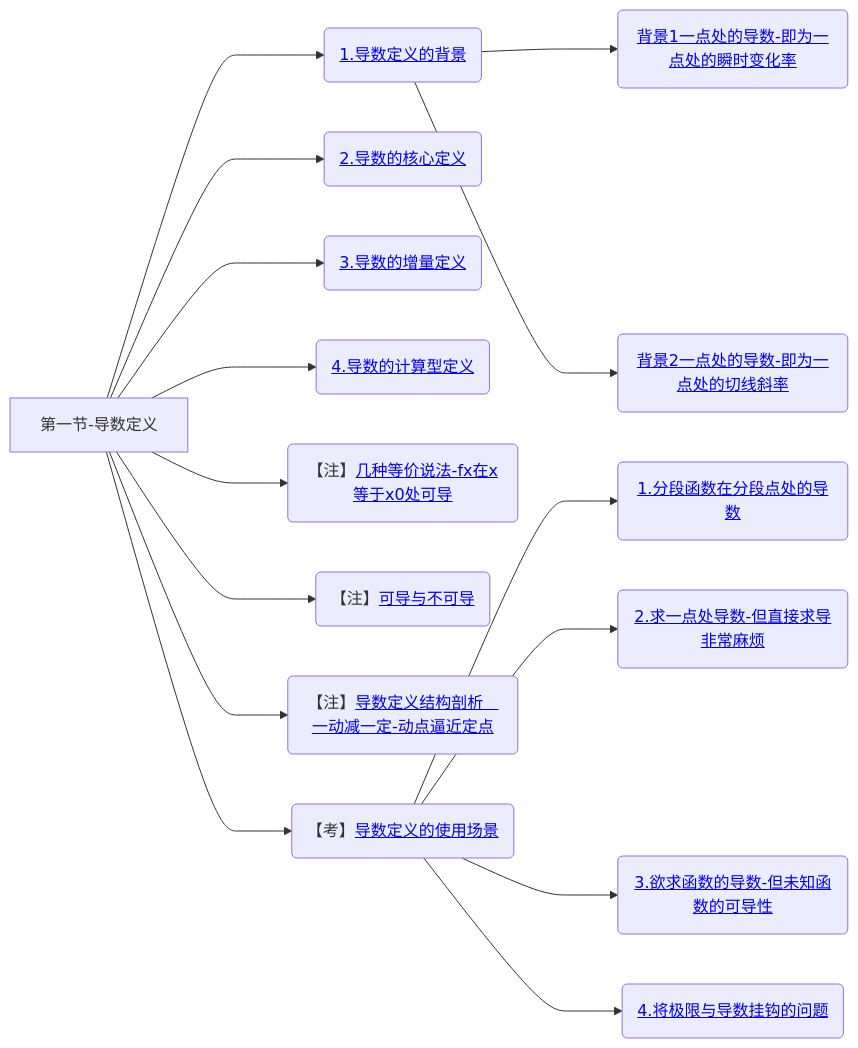
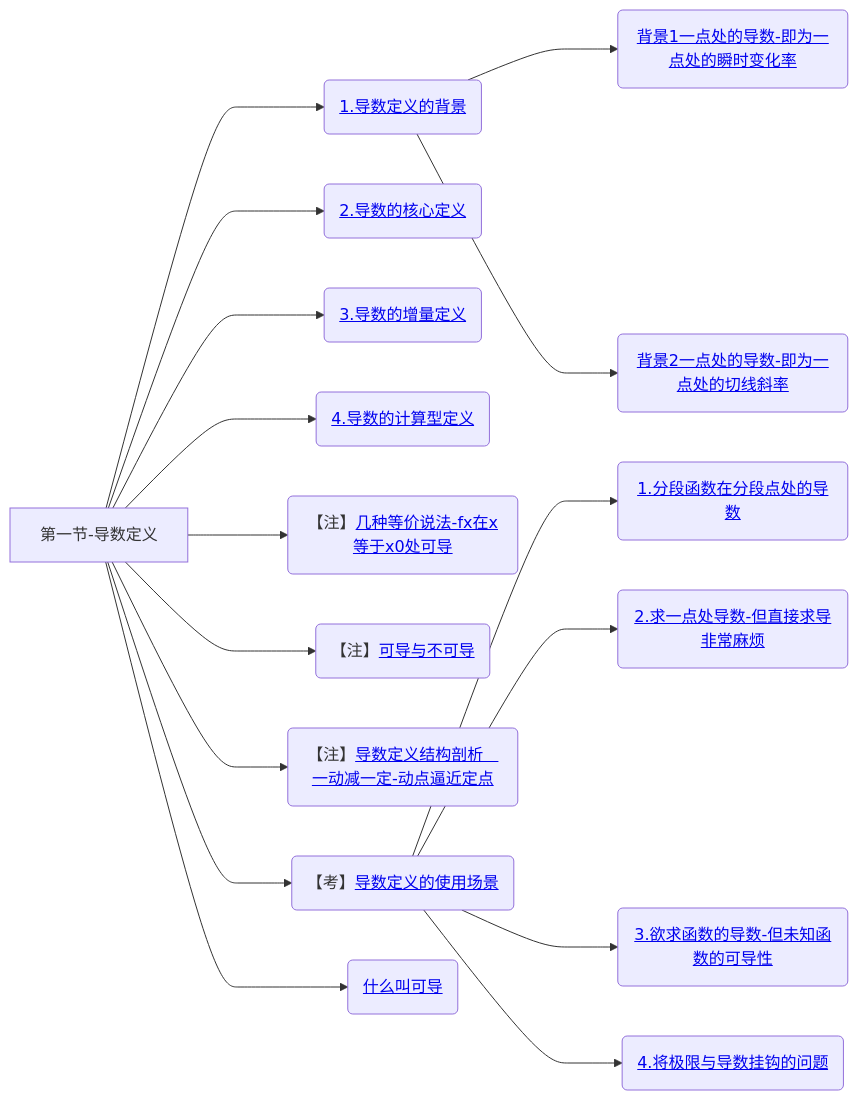
Diagram 11 of 11 in 笔记/数学/周洋鑫/01.基础班思维导图.md (yuebinghui/note), drawn with Mermaid before and after one commit. The commit also changed 3 other files, not shown here.

````diff
--- a/笔记/数学/周洋鑫/01.基础班思维导图.md
+++ b/笔记/数学/周洋鑫/01.基础班思维导图.md
@@ -401,22 +401,24 @@
 ```mermaid
 graph LR
 第一节-导数定义
 
 第一节-导数定义--->1.导数定义的背景(<a href="/Users/yuebinghui/Documents/program/github/note/笔记/数学/周洋鑫/基础班/10.连续与间断_导数定义_1.md#1.导数定义的背景">1.导数定义的背景</>)
 1.导数定义的背景--->背景1一点处的导数-即为一点处的瞬时变化率(<a href="/Users/yuebinghui/Documents/program/github/note/笔记/数学/周洋鑫/基础班/10.连续与间断_导数定义_1.md#背景1一点处的导数-即为一点处的瞬时变化率">背景1一点处的导数-即为一点处的瞬时变化率</>)
 1.导数定义的背景--->背景2一点处的导数-即为一点处的切线斜率(<a href="/Users/yuebinghui/Documents/program/github/note/笔记/数学/周洋鑫/基础班/10.连续与间断_导数定义_1.md#背景2一点处的导数-即为一点处的切线斜率">背景2一点处的导数-即为一点处的切线斜率</>)
 
 第一节-导数定义--->2.导数的核心定义(<a href="/Users/yuebinghui/Documents/program/github/note/笔记/数学/周洋鑫/基础班/10.连续与间断_导数定义_1.md#2.导数的核心定义">2.导数的核心定义</>)
 第一节-导数定义--->3.导数的增量定义(<a href="/Users/yuebinghui/Documents/program/github/note/笔记/数学/周洋鑫/基础班/10.连续与间断_导数定义_1.md#3.导数的增量定义">3.导数的增量定义</>)
 第一节-导数定义--->4.导数的计算型定义(<a href="/Users/yuebinghui/Documents/program/github/note/笔记/数学/周洋鑫/基础班/10.连续与间断_导数定义_1.md#4.导数的计算型定义">4.导数的计算型定义</>)
 
 第一节-导数定义--->几种等价说法-fx在x等于x0处可导(【注】<a href="/Users/yuebinghui/Documents/program/github/note/笔记/数学/周洋鑫/基础班/10.连续与间断_导数定义_1.md#几种等价说法-fx在x等于x0处可导">几种等价说法-fx在x等于x0处可导</>)
 第一节-导数定义--->可导与不可导(【注】<a href="/Users/yuebinghui/Documents/program/github/note/笔记/数学/周洋鑫/基础班/10.连续与间断_导数定义_1.md#可导与不可导">可导与不可导</>)
 第一节-导数定义--->导数定义结构剖析-一动减一定-动点逼近定点(【注】<a href="/Users/yuebinghui/Documents/program/github/note/笔记/数学/周洋鑫/基础班/10.连续与间断_导数定义_1.md#导数定义结构剖析-一动减一定-动点逼近定点">导数定义结构剖析   一动减一定-动点逼近定点</>)
 
 第一节-导数定义--->导数定义的使用场景(【考】<a href="/Users/yuebinghui/Documents/program/github/note/笔记/数学/周洋鑫/基础班/10.连续与间断_导数定义_1.md#导数定义的使用场景">导数定义的使用场景</>)
 导数定义的使用场景--->1.分段函数在分段点处的导数(<a href="/Users/yuebinghui/Documents/program/github/note/笔记/数学/周洋鑫/基础班/10.连续与间断_导数定义_1.md#1.分段函数在分段点处的导数">1.分段函数在分段点处的导数</>)
 导数定义的使用场景--->2.求一点处导数-但直接求导非常麻烦(<a href="/Users/yuebinghui/Documents/program/github/note/笔记/数学/周洋鑫/基础班/10.连续与间断_导数定义_1.md#2.求一点处导数-但直接求导非常麻烦">2.求一点处导数-但直接求导非常麻烦</>)
 导数定义的使用场景--->3.欲求函数的导数-但未知函数的可导性(<a href="/Users/yuebinghui/Documents/program/github/note/笔记/数学/周洋鑫/基础班/10.连续与间断_导数定义_1.md#3.欲求函数的导数-但未知函数的可导性">3.欲求函数的导数-但未知函数的可导性</>)
 导数定义的使用场景--->4.将极限与导数挂钩的问题(<a href="/Users/yuebinghui/Documents/program/github/note/笔记/数学/周洋鑫/基础班/10.连续与间断_导数定义_1.md#4.将极限与导数挂钩的问题">4.将极限与导数挂钩的问题</>)
+
+第一节-导数定义--->什么叫可导(<a href="/Users/yuebinghui/Documents/program/github/note/笔记/数学/周洋鑫/基础班/11.导数定义_2.md#什么叫可导">什么叫可导</>)
 ```
````
